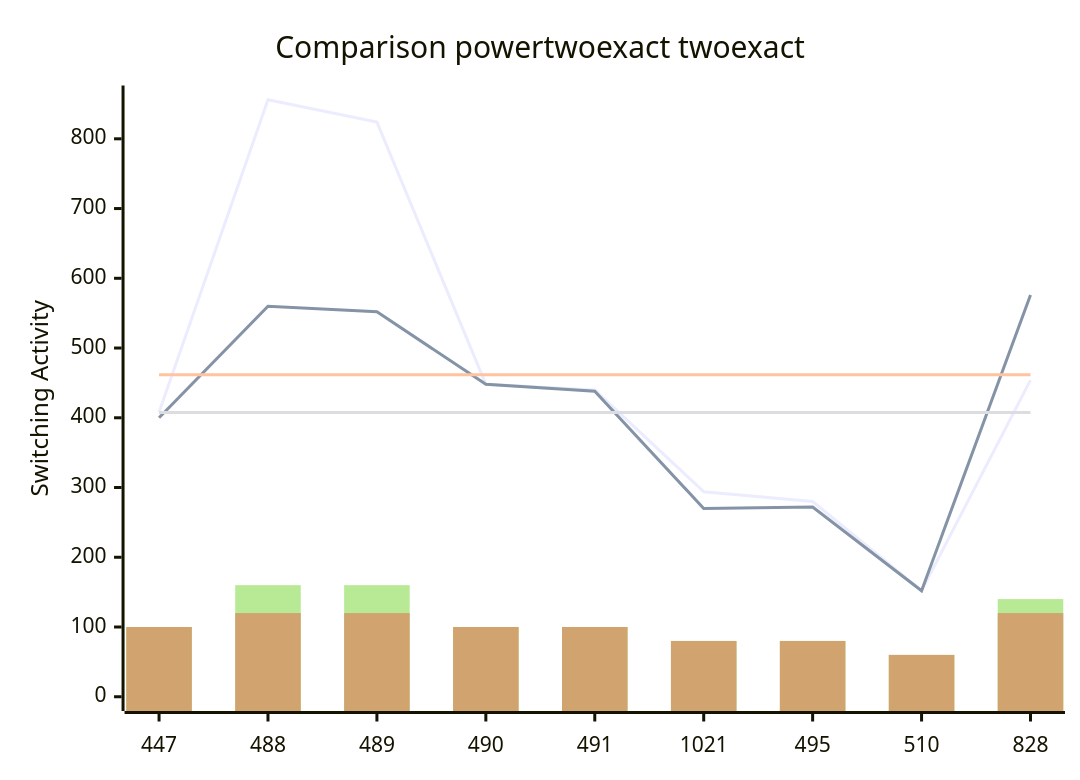
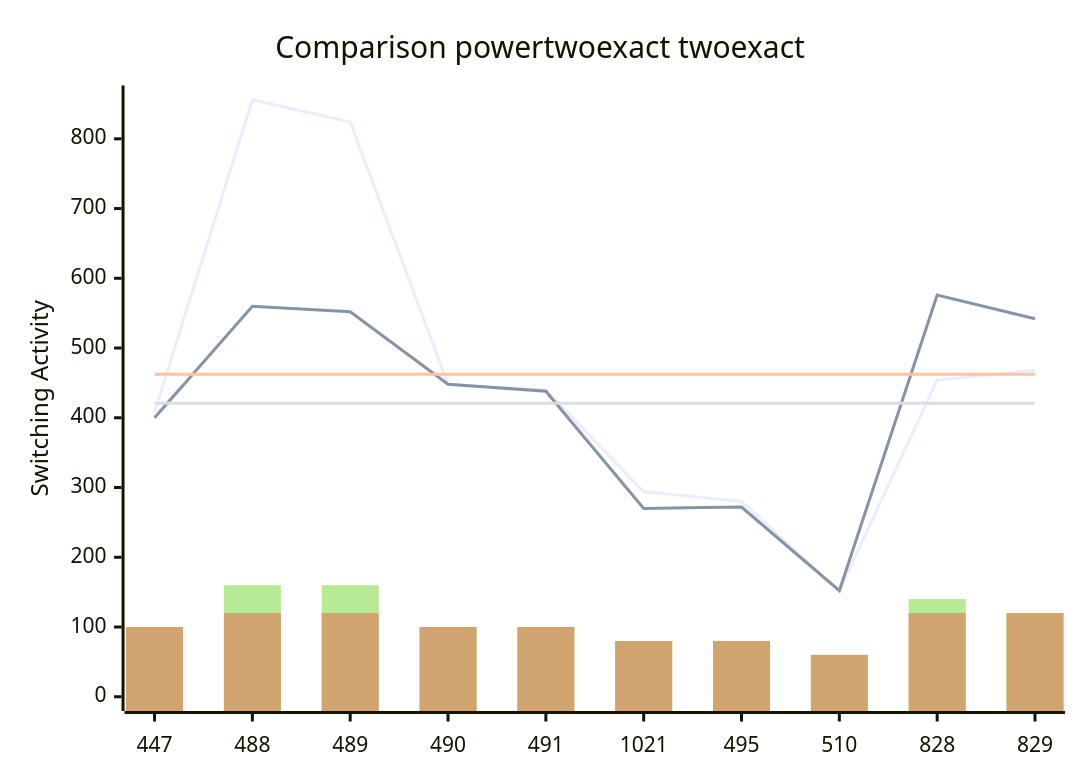
One commit to FeldmeierMichael/Exact-Power-Synthesis changed the diagram in benchmark_opt2.md. Above: the diagram before and after it, drawn with Mermaid. The commit also changed other lines of this file, not shown here.

````diff
--- a/benchmark_opt2.md
+++ b/benchmark_opt2.md
@@ -19,12 +21,12 @@
 ```mermaid
 xychart-beta
     title "Comparison powertwoexact twoexact"
-    x-axis [447, 488, 489, 490, 491, 1021, 495, 510, 828]
+    x-axis [447, 488, 489, 490, 491, 1021, 495, 510, 828, 829]
     y-axis "Switching Activity" 0-->856
-    line [408, 856, 824, 448, 440, 294, 280, 152, 454]
-    line [400, 560, 552, 448, 438, 270, 272, 152, 576]
-    line [461.77777777777777, 461.77777777777777, 461.77777777777777, 461.77777777777777, 461.77777777777777, 461.77777777777777, 461.77777777777777, 461.77777777777777, 461.77777777777777]
-    line [407.55555555555554, 407.55555555555554, 407.55555555555554, 407.55555555555554, 407.55555555555554, 407.55555555555554, 407.55555555555554, 407.55555555555554, 407.55555555555554]
-    bar [100, 160, 160, 100, 100, 80, 80, 60, 140]
-    bar [100, 120, 120, 100, 100, 80, 80, 60, 120]
+    line [408, 856, 824, 448, 440, 294, 280, 152, 454, 468]
+    line [400, 560, 552, 448, 438, 270, 272, 152, 576, 542]
+    line [462.4, 462.4, 462.4, 462.4, 462.4, 462.4, 462.4, 462.4, 462.4, 462.4]
+    line [421.0, 421.0, 421.0, 421.0, 421.0, 421.0, 421.0, 421.0, 421.0, 421.0]
+    bar [100, 160, 160, 100, 100, 80, 80, 60, 140, 120]
+    bar [100, 120, 120, 100, 100, 80, 80, 60, 120, 120]
 ```
````
